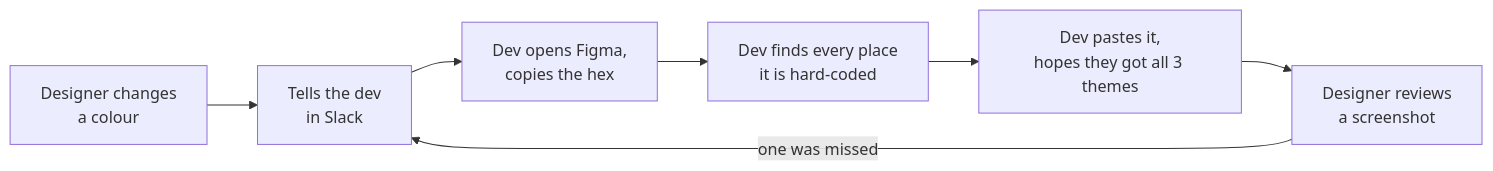
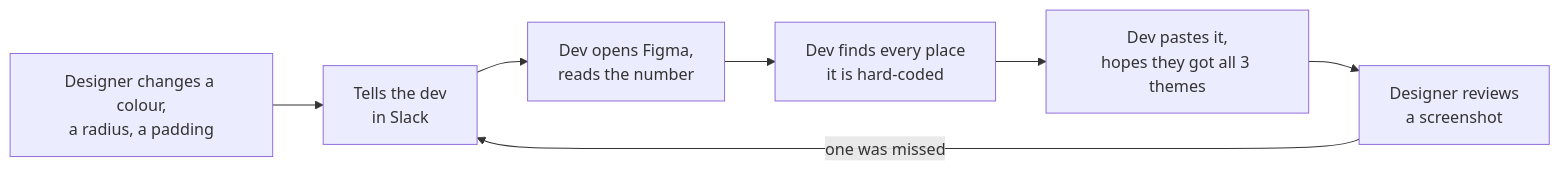
The first of 5 diagrams in README.md (serhii-kucherenko/expo-figma-tokens), drawn with Mermaid before and after one commit. The commit also changed other lines of this file, not shown here.

````diff
--- a/README.md
+++ b/README.md
@@ -19,9 +30,9 @@
 ```mermaid
 flowchart LR
-  A["Designer changes<br/>a colour"] --> B["Tells the dev<br/>in Slack"]
-  B --> C["Dev opens Figma,<br/>copies the hex"]
+  A["Designer changes a colour,<br/>a radius, a padding"] --> B["Tells the dev<br/>in Slack"]
+  B --> C["Dev opens Figma,<br/>reads the number"]
   C --> D["Dev finds every place<br/>it is hard-coded"]
   D --> E["Dev pastes it,<br/>hopes they got all 3 themes"]
   E --> F["Designer reviews<br/>a screenshot"]
   F -->|"one was missed"| B
 ```
````
